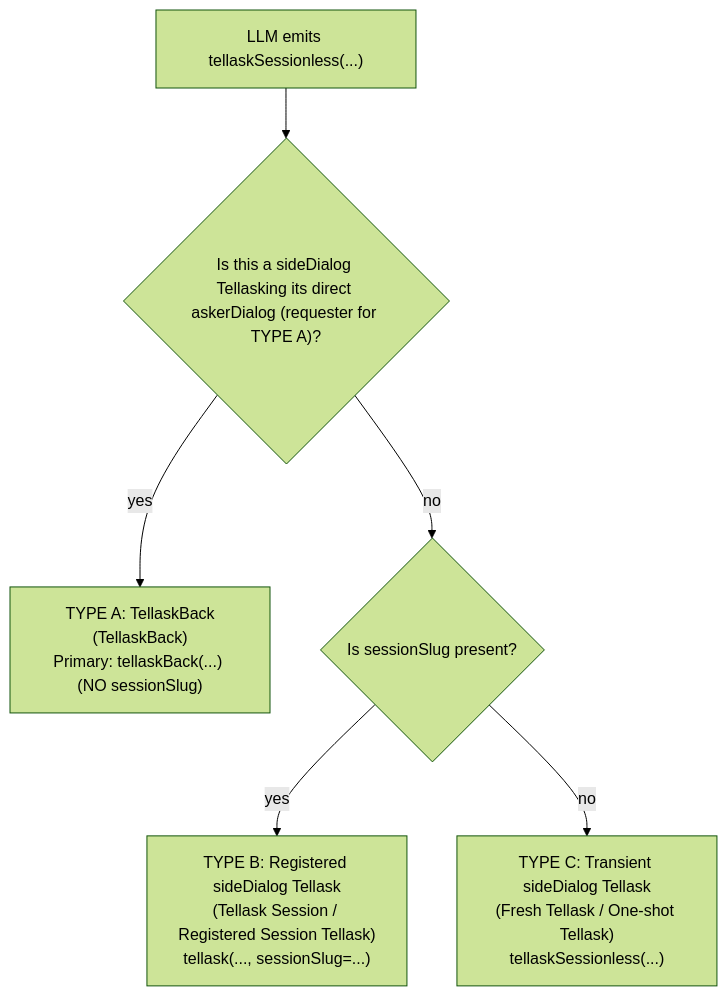
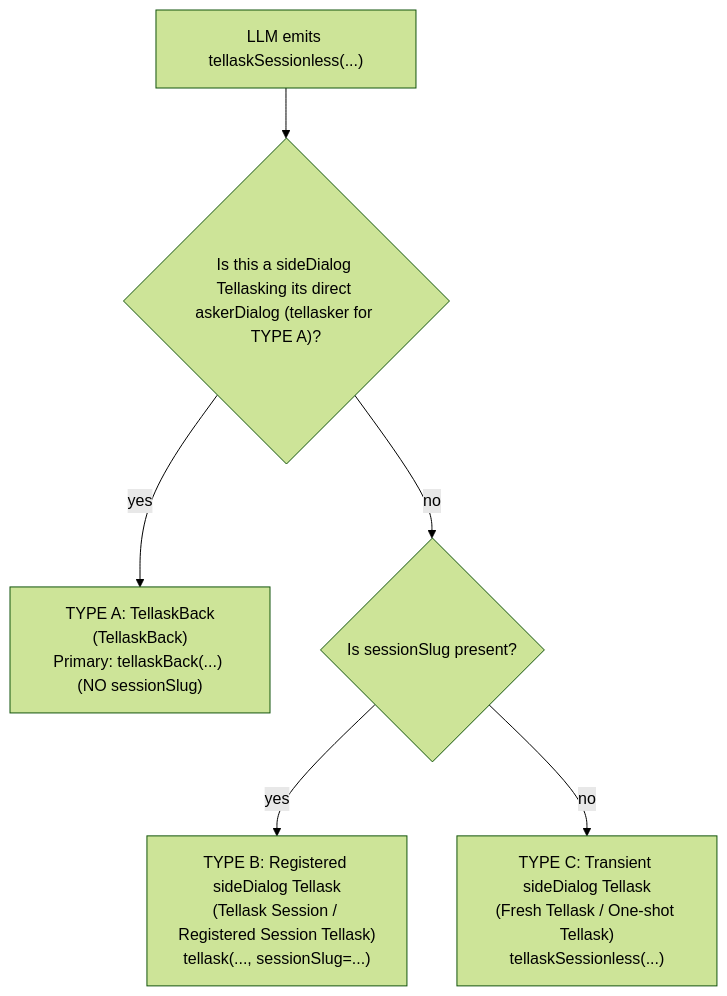
The first of 18 diagrams in docs/dialog-system.md (longrun-ai/dominds), drawn with Mermaid (forest theme) before and after one commit. The commit also changed other lines of this file and 66 other files, not shown here.

````diff
--- a/docs/dialog-system.md
+++ b/docs/dialog-system.md
@@ -213,8 +213,8 @@
 ```mermaid
 flowchart TD
-  M["LLM emits tellaskSessionless(...)"] --> Q{"Is this a sideDialog Tellasking its direct askerDialog (requester for TYPE A)?"}
+  M["LLM emits tellaskSessionless(...)"] --> Q{"Is this a sideDialog Tellasking its direct askerDialog (tellasker for TYPE A)?"}
   Q -- yes --> A["TYPE A: TellaskBack<br/>(TellaskBack)<br/>Primary: tellaskBack(...) (NO sessionSlug)"]
   Q -- no --> T{Is sessionSlug present?}
   T -- yes --> B["TYPE B: Registered sideDialog Tellask<br/>(Tellask Session / Registered Session Tellask)<br/>tellask(..., sessionSlug=...)"]
   T -- no --> C["TYPE C: Transient sideDialog Tellask<br/>(Fresh Tellask / One-shot Tellask)<br/>tellaskSessionless(...)"]
 ```
````
